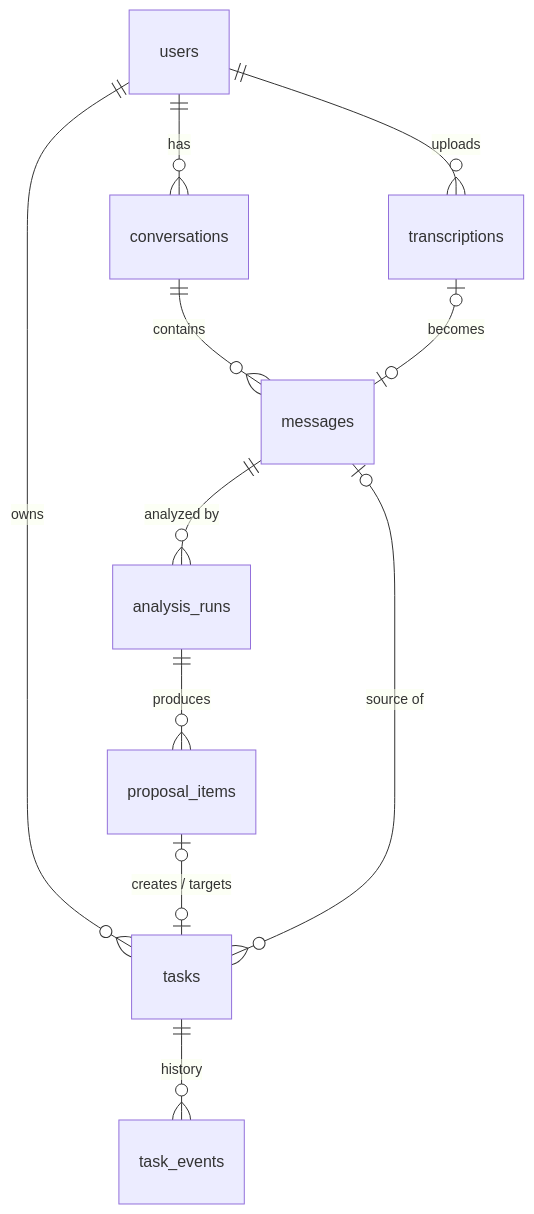
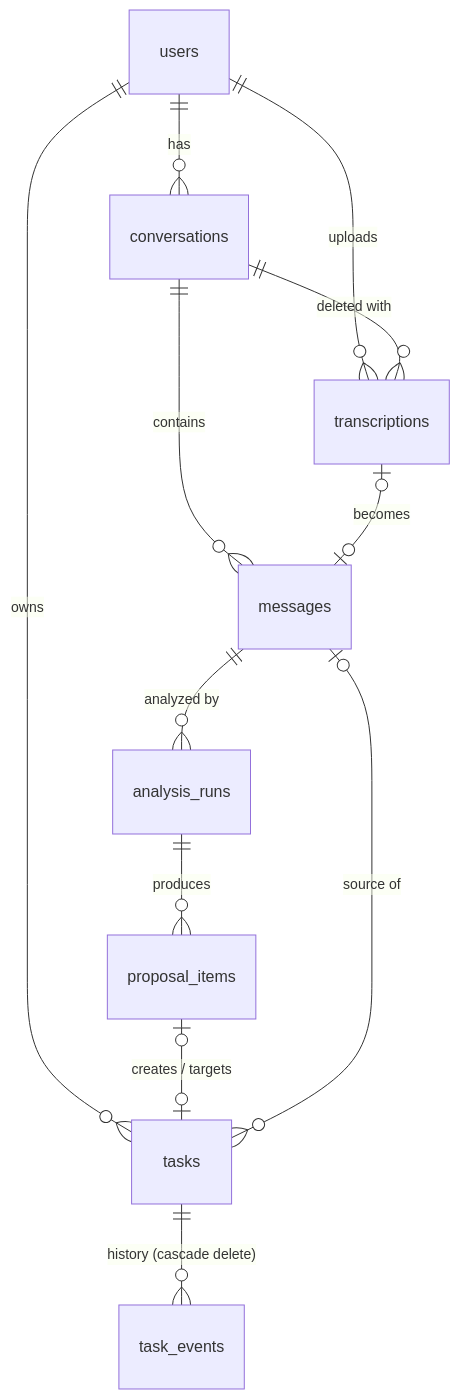
One commit to Ali-Khamis45/to-do-list-sharaf changed the diagram in docs/data-and-api.md. Above: the diagram before and after it, drawn with Mermaid. The commit also changed other lines of this file and 136 other files, not shown here.

````diff
--- a/docs/data-and-api.md
+++ b/docs/data-and-api.md
@@ -10,13 +11,14 @@
 ```mermaid
 erDiagram
   users ||--o{ conversations : has
   users ||--o{ tasks : owns
   users ||--o{ transcriptions : uploads
   conversations ||--o{ messages : contains
+  conversations ||--o{ transcriptions : "deleted with"
   transcriptions |o--o| messages : becomes
   messages ||--o{ analysis_runs : "analyzed by"
   analysis_runs ||--o{ proposal_items : produces
   proposal_items |o--o| tasks : "creates / targets"
-  tasks ||--o{ task_events : history
+  tasks ||--o{ task_events : "history (cascade delete)"
   messages |o--o{ tasks : "source of"
 ```
````
